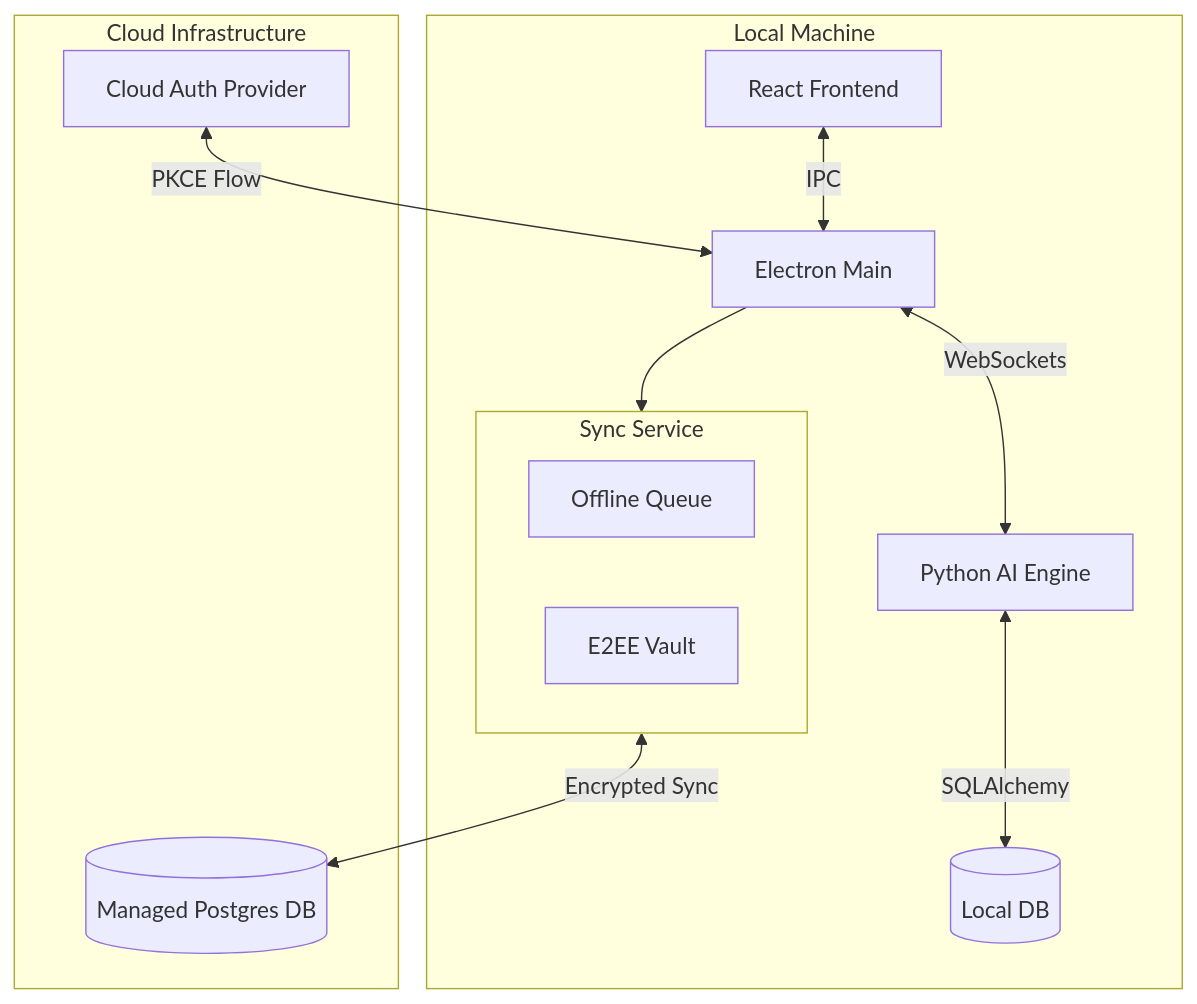
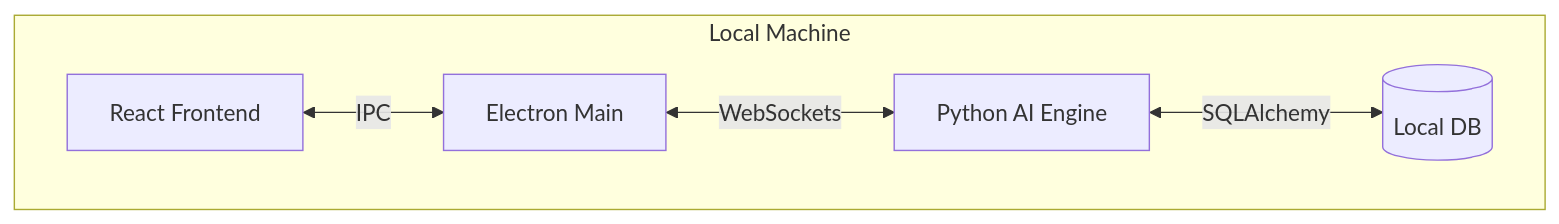
One commit to SuriAI/suri changed the diagram in docs/ARCHITECTURE.md. Above: the diagram before and after it, drawn with Mermaid. The commit also changed other lines of this file and 12 other files, not shown here.

````diff
--- a/docs/ARCHITECTURE.md
+++ b/docs/ARCHITECTURE.md
@@ -7,23 +7,8 @@
 ```mermaid
 graph TD
     subgraph Local [Local Machine]
         UI[React Frontend] <-->|IPC| Main[Electron Main]
         Main <-->|WebSockets| AI[Python AI Engine]
         AI <-->|SQLAlchemy| SQLite[(Local DB)]
-        
-        subgraph SyncEngine [Sync Service]
-            Queue[Offline Queue]
-            Encrypt[E2EE Vault]
-        end
-        
-        Main --> SyncEngine
     end
-
-    subgraph Cloud [Cloud Infrastructure]
-        Auth[Cloud Auth Provider]
-        Postgres[(Managed Postgres DB)]
-    end
-
-    SyncEngine <-->|Encrypted Sync| Postgres
-    Auth <-->|PKCE Flow| Main
 ```
````
